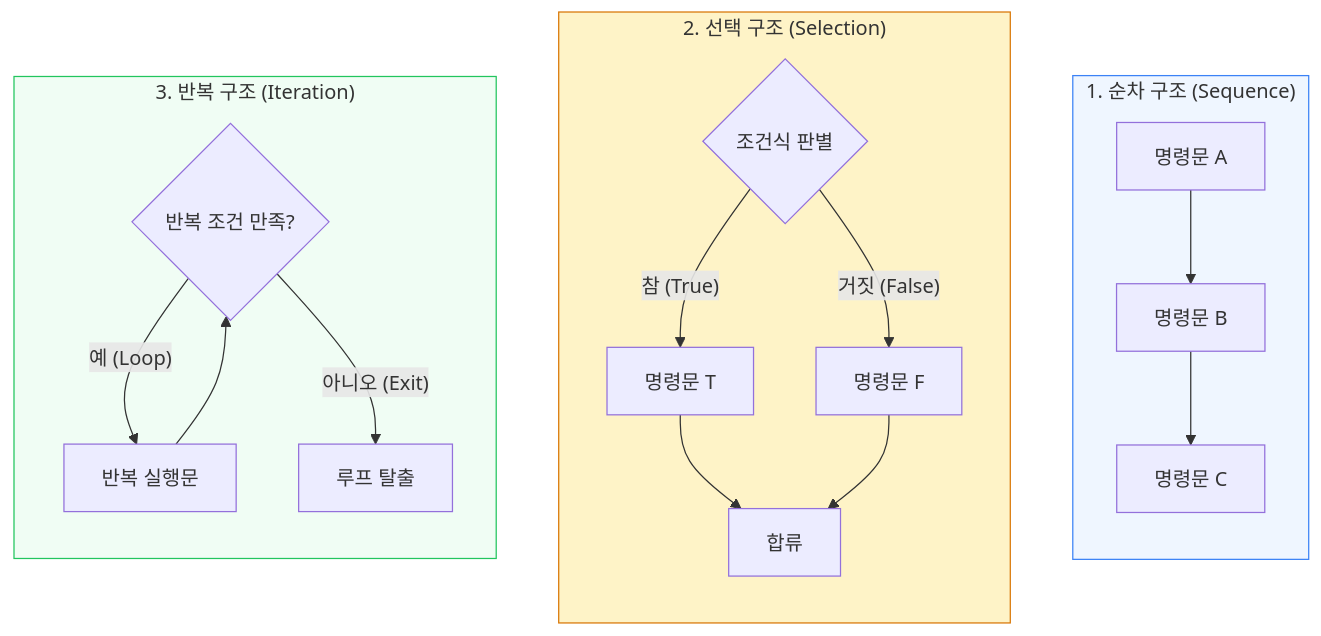
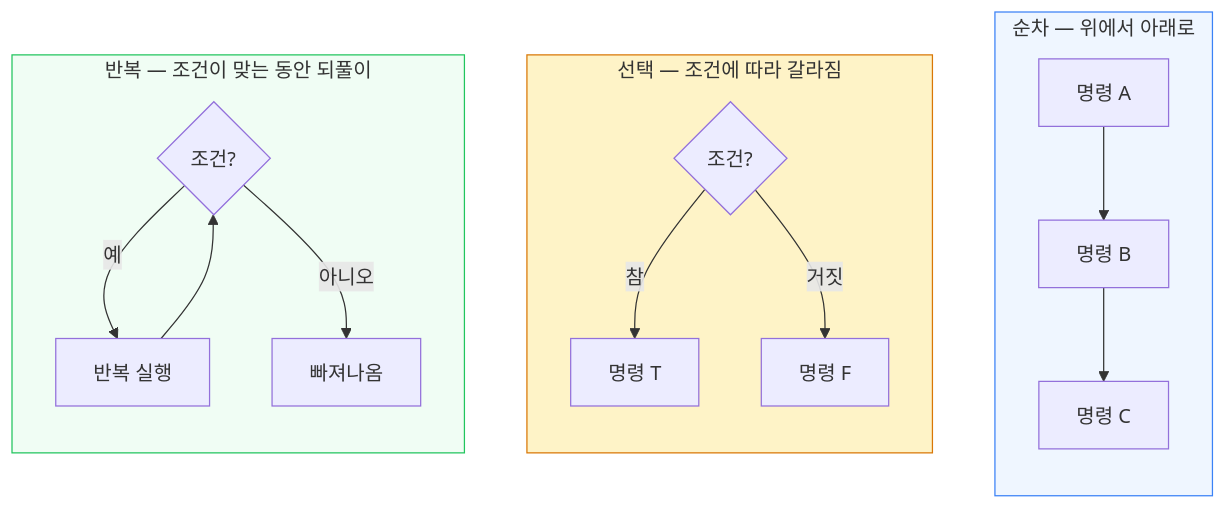
Before and after one commit to phyzikyh/computing: the third of 4 diagrams in 강의교재/week03_lecture.qmd, drawn with Mermaid. The commit also changed other lines of this file and 3 other files, not shown here.

````diff
--- a/강의교재/week03_lecture.qmd
+++ b/강의교재/week03_lecture.qmd
@@ -99,28 +156,24 @@
 ```{mermaid}
 flowchart TD
-    subgraph S1["1. 순차 구조 (Sequence)"]
+    subgraph S1["순차 — 위에서 아래로"]
         direction TB
-        A1["명령문 A"] --> A2["명령문 B"] --> A3["명령문 C"]
+        A1["명령 A"] --> A2["명령 B"] --> A3["명령 C"]
     end
-
-    subgraph S2["2. 선택 구조 (Selection)"]
+    subgraph S2["선택 — 조건에 따라 갈라짐"]
         direction TB
-        C1{"조건식 판별"}
-        C1 -- "참 (True)" --> T1["명령문 T"]
-        C1 -- "거짓 (False)" --> F1["명령문 F"]
-        T1 --> M_JOIN["합류"]
-        F1 --> M_JOIN
+        C1{"조건?"}
+        C1 -- 참 --> T1["명령 T"]
+        C1 -- 거짓 --> F1["명령 F"]
     end
-
-    subgraph S3["3. 반복 구조 (Iteration)"]
+    subgraph S3["반복 — 조건이 맞는 동안 되풀이"]
         direction TB
-        L_COND{"반복 조건 만족?"}
-        L_COND -- "예 (Loop)" --> L_BODY["반복 실행문"]
-        L_BODY --> L_COND
-        L_COND -- "아니오 (Exit)" --> L_EXIT["루프 탈출"]
+        L1{"조건?"}
+        L1 -- 예 --> B1["반복 실행"]
+        B1 --> L1
+        L1 -- 아니오 --> X1["빠져나옴"]
     end
 
     style S1 fill:#eff6ff,stroke:#3b82f6
     style S2 fill:#fef3c7,stroke:#d97706
     style S3 fill:#f0fdf4,stroke:#22c55e
 ```
````
